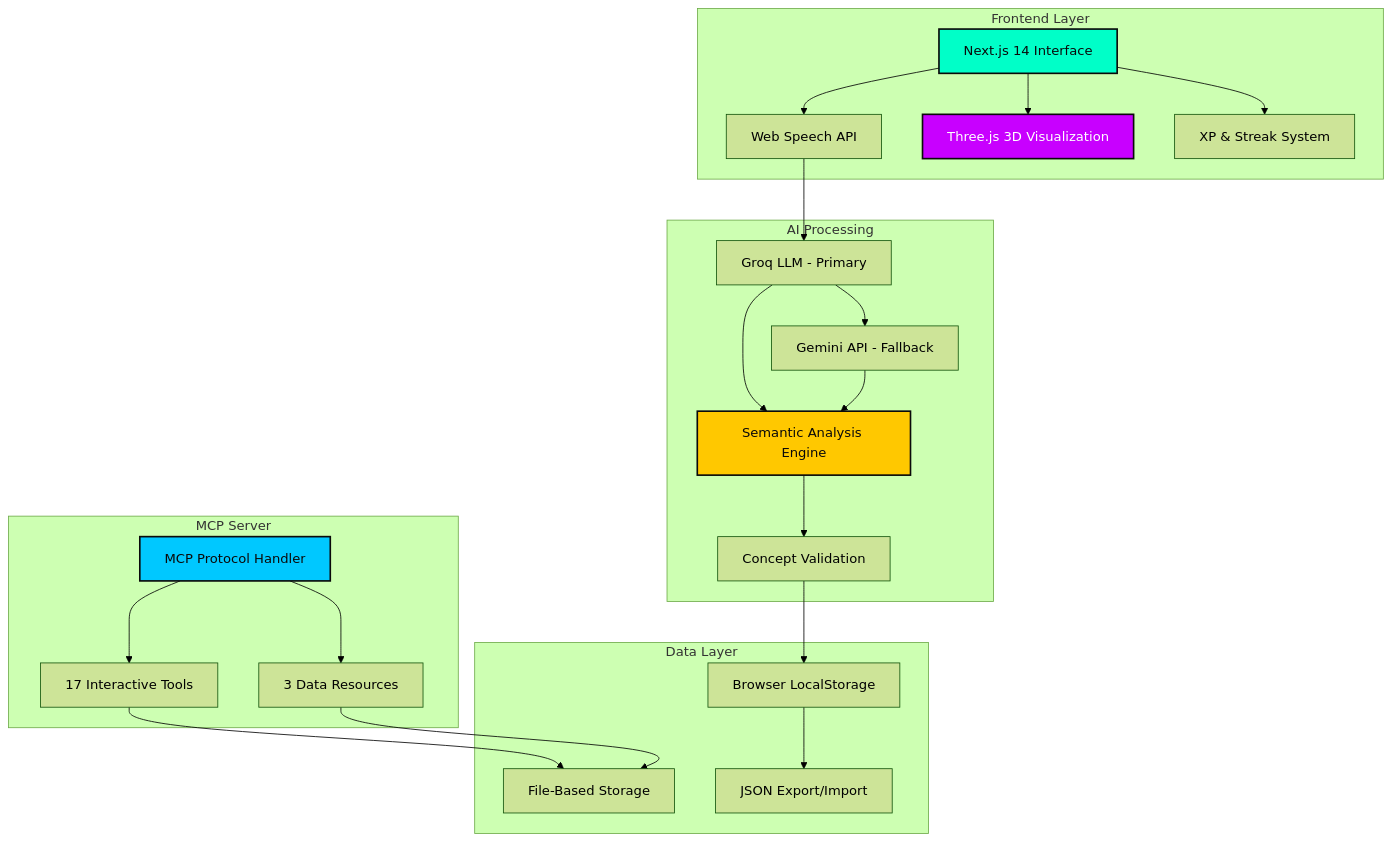
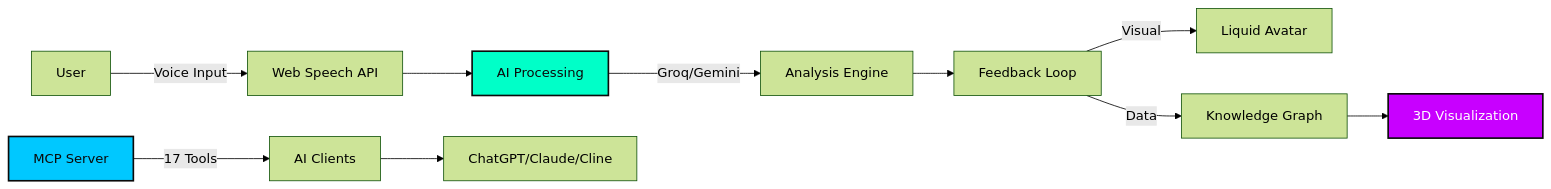
The diagram in README.md (codewithadvi/Explainr), drawn with Mermaid (forest theme) before and after one commit. The commit also changed other lines of this file, not shown here.

First line of the commit message:
docs: Restructure README for better flow and visual organization

````diff
--- a/README.md
+++ b/README.md
@@ -118,51 +107,17 @@
 ```mermaid
-graph TB
-    subgraph "Frontend Layer"
-        UI[Next.js 14 Interface]
-        Voice[Web Speech API]
-        Galaxy[Three.js 3D Visualization]
-        Gamification[XP & Streak System]
-    end
+graph LR
+    A[User] -->|Voice Input| B[Web Speech API]
+    B --> C[AI Processing]
+    C -->|Groq/Gemini| D[Analysis Engine]
+    D --> E[Feedback Loop]
+    E -->|Visual| F[Liquid Avatar]
+    E -->|Data| G[Knowledge Graph]
+    G --> H[3D Visualization]
     
-    subgraph "AI Processing"
-        Groq[Groq LLM - Primary]
-        Gemini[Gemini API - Fallback]
-        Analysis[Semantic Analysis Engine]
-        Validation[Concept Validation]
-    end
+    I[MCP Server] -->|17 Tools| J[AI Clients]
+    J --> K[ChatGPT/Claude/Cline]
     
-    subgraph "Data Layer"
-        Local[Browser LocalStorage]
-        FileStore[File-Based Storage]
-        Export[JSON Export/Import]
-    end
-    
-    subgraph "MCP Server"
-        MCPCore[MCP Protocol Handler]
-        Tools[17 Interactive Tools]
-        Resources[3 Data Resources]
-    end
-    
-    UI --> Voice
-    UI --> Galaxy
-    UI --> Gamification
-    
-    Voice --> Groq
-    Groq --> Gemini
-    Groq --> Analysis
-    Gemini --> Analysis
-    
-    Analysis --> Validation
-    Validation --> Local
-    Local --> Export
-    
-    MCPCore --> Tools
-    MCPCore --> Resources
-    Tools --> FileStore
-    Resources --> FileStore
-    
-    style UI fill:#00ffc8,stroke:#0a0a0a,stroke-width:2px,color:#0a0a0a
-    style MCPCore fill:#00c8ff,stroke:#0a0a0a,stroke-width:2px,color:#0a0a0a
-    style Galaxy fill:#c800ff,stroke:#0a0a0a,stroke-width:2px,color:#fff
-    style Analysis fill:#ffc800,stroke:#0a0a0a,stroke-width:2px,color:#0a0a0a
+    style C fill:#00ffc8,stroke:#0a0a0a,stroke-width:2px,color:#0a0a0a
+    style I fill:#00c8ff,stroke:#0a0a0a,stroke-width:2px,color:#0a0a0a
+    style H fill:#c800ff,stroke:#0a0a0a,stroke-width:2px,color:#fff
 ```
````
